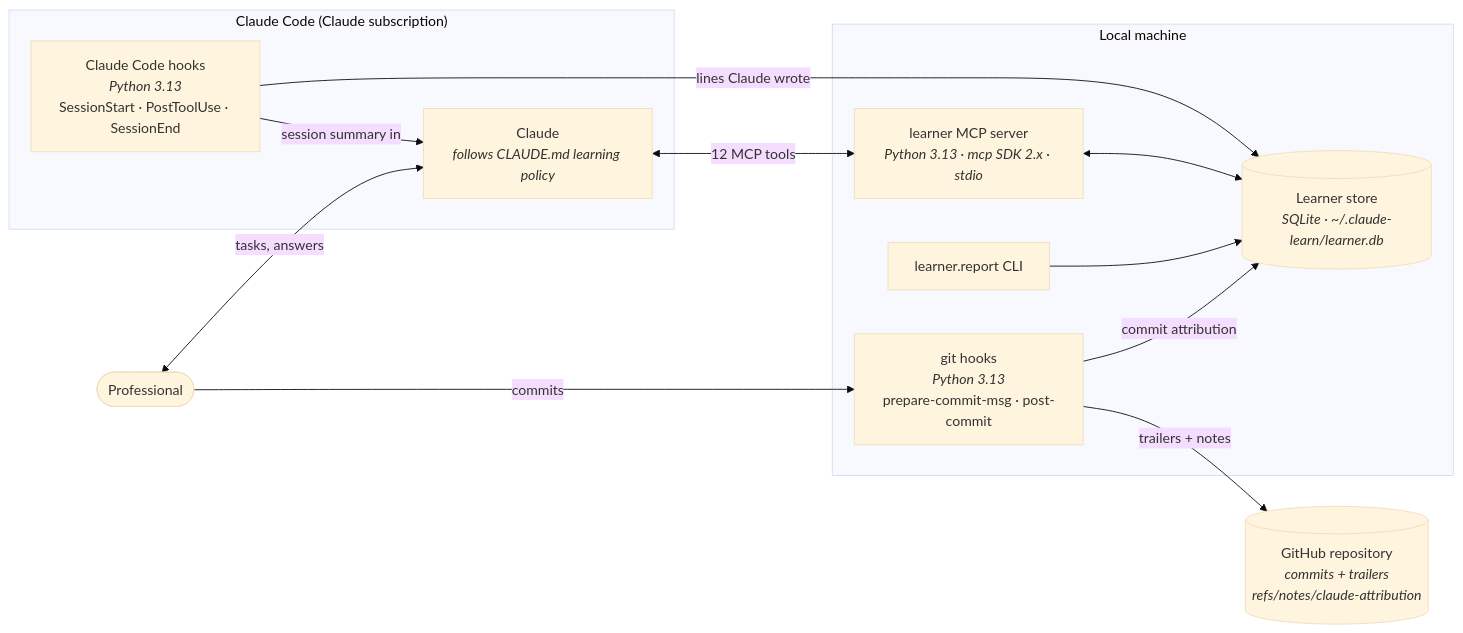
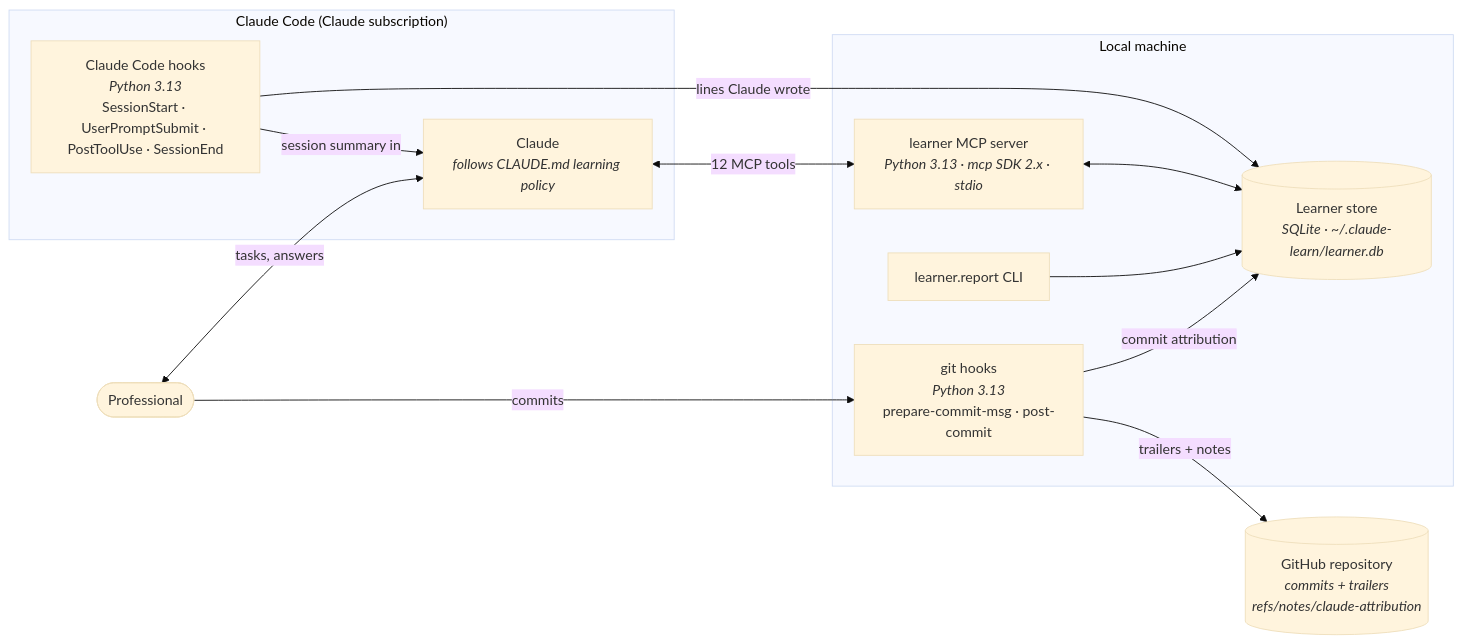
Before and after one commit to Wedro16/claude-learn: the diagram in docs/ARCHITECTURE.md, drawn with Mermaid (base theme). The commit also changed other lines of this file and 17 other files, not shown here.

````diff
--- a/docs/ARCHITECTURE.md
+++ b/docs/ARCHITECTURE.md
@@ -7,28 +7,28 @@
 ```mermaid
 flowchart LR
     person([Professional])
 
     subgraph cc["Claude Code (Claude subscription)"]
         claude["Claude<br/><i>follows CLAUDE.md learning policy</i>"]
-        hooks["Claude Code hooks<br/><i>Python 3.13</i><br/>SessionStart · PostToolUse · SessionEnd"]
+        hooks["Claude Code hooks<br/><i>Python 3.13</i><br/>SessionStart · UserPromptSubmit · PostToolUse · SessionEnd"]
     end
 
     subgraph local["Local machine"]
         mcp["learner MCP server<br/><i>Python 3.13 · mcp SDK 2.x · stdio</i>"]
         db[("Learner store<br/><i>SQLite · ~/.claude-learn/learner.db</i>")]
         gh["git hooks<br/><i>Python 3.13</i><br/>prepare-commit-msg · post-commit"]
         report["learner.report CLI"]
     end
 
     repo[("GitHub repository<br/><i>commits + trailers<br/>refs/notes/claude-attribution</i>")]
 
     person <-->|tasks, answers| claude
     claude <-->|12 MCP tools| mcp
     hooks -->|session summary in| claude
     hooks -->|lines Claude wrote| db
     mcp <--> db
     person -->|commits| gh
     gh -->|trailers + notes| repo
     gh -->|commit attribution| db
     report --> db
 ```
````
